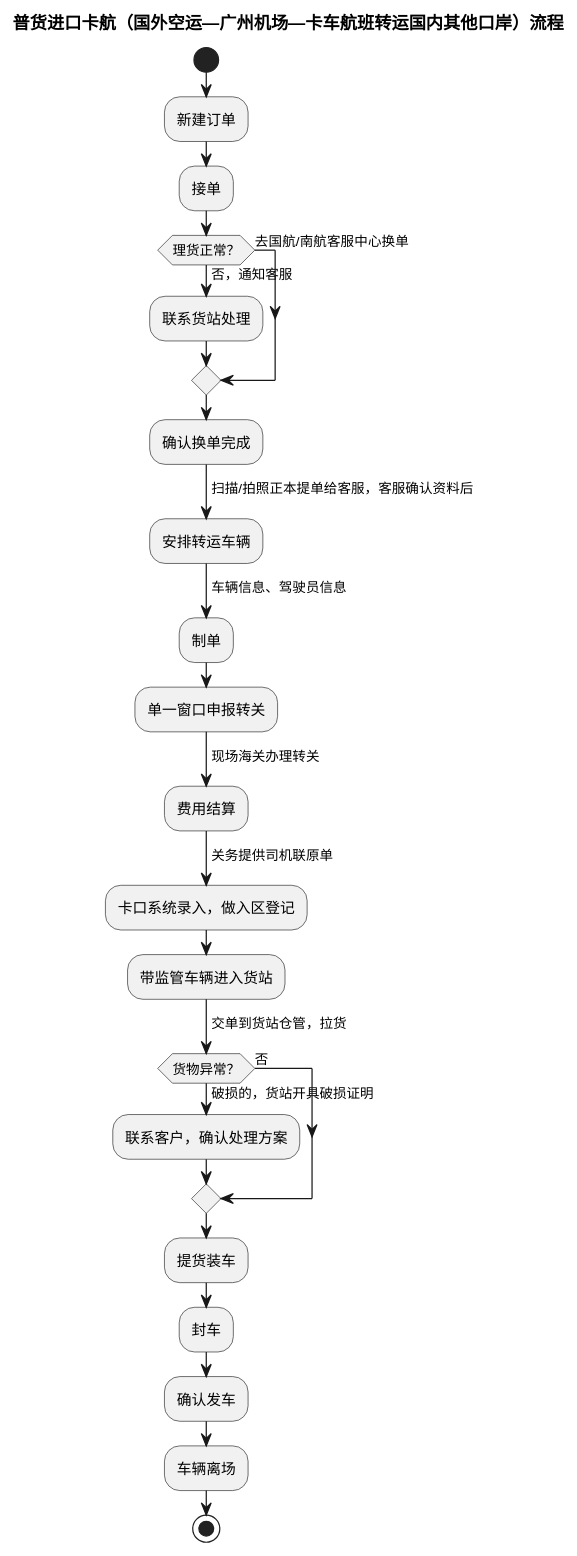
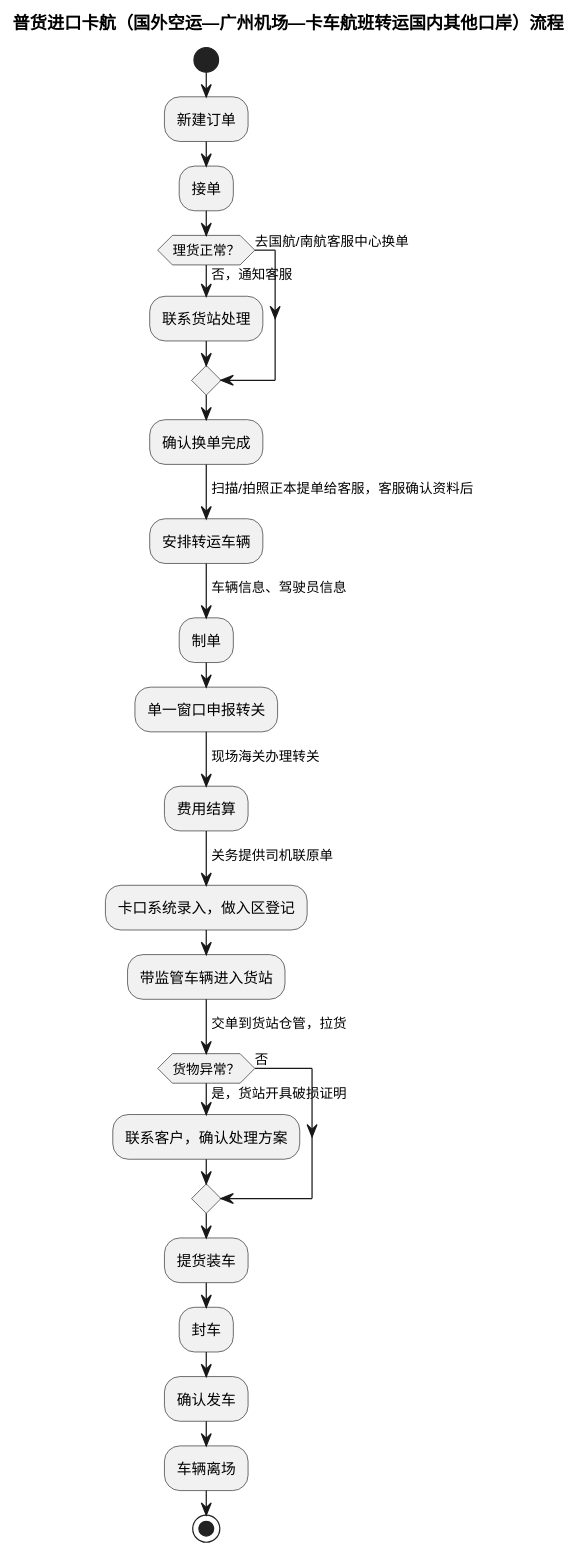
Before and after one commit to jack888332/projects-doc: the third of 11 diagrams in product-caliber/goldjet/segmented-prd/mainflow/PRD.高捷物流系统一期.主流程.03.普货进出口关务详细流程.md, drawn with PlantUML. The commit also changed other lines of this file and 59 other files, not shown here.

````diff
--- a/product-caliber/goldjet/segmented-prd/mainflow/PRD.高捷物流系统一期.主流程.03.普货进出口关务详细流程.md
+++ b/product-caliber/goldjet/segmented-prd/mainflow/PRD.高捷物流系统一期.主流程.03.普货进出口关务详细流程.md
@@ -66,33 +59,33 @@
 ```plantuml
 @startuml
 title 普货进口卡航（国外空运—广州机场—卡车航班转运国内其他口岸）流程
 start
 :新建订单;
 :接单;
 if (理货正常？) then (去国航/南航客服中心换单)
 else (否，通知客服)
   :联系货站处理;
 endif
 :确认换单完成;
 -> 扫描/拍照正本提单给客服，客服确认资料后;
 :安排转运车辆;
 -> 车辆信息、驾驶员信息;
 :制单;
 :单一窗口申报转关;
 -> 现场海关办理转关;
 :费用结算;
 -> 关务提供司机联原单;
 :卡口系统录入，做入区登记;
 :带监管车辆进入货站;
 -> 交单到货站仓管，拉货;
-if (货物异常？) then (破损的，货站开具破损证明)
+if (货物异常？) then (是，货站开具破损证明)
   :联系客户，确认处理方案;
 else (否)
 endif
 :提货装车;
 :封车;
 :确认发车;
 :车辆离场;
 stop
 @enduml
 ```
````
